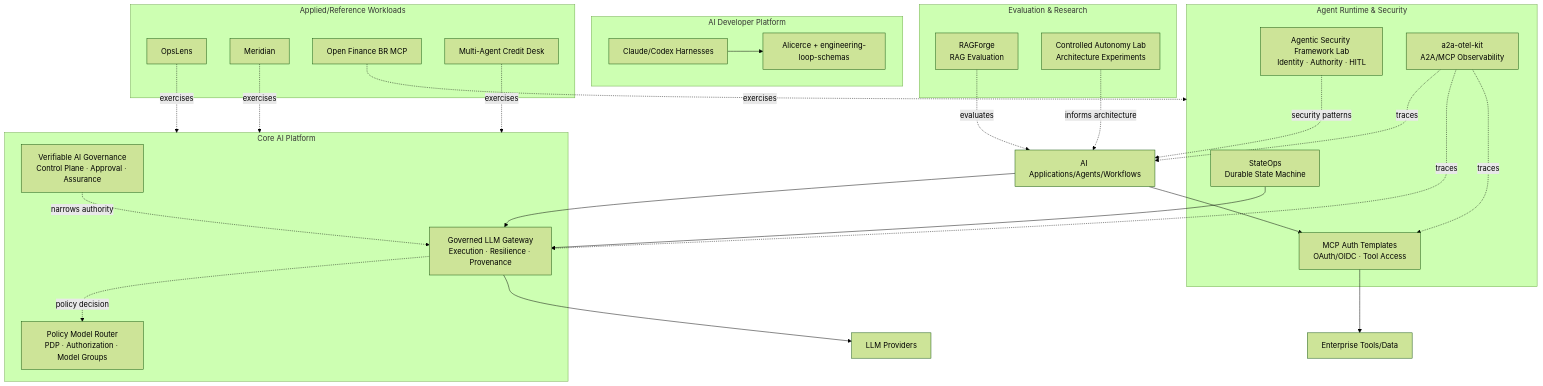
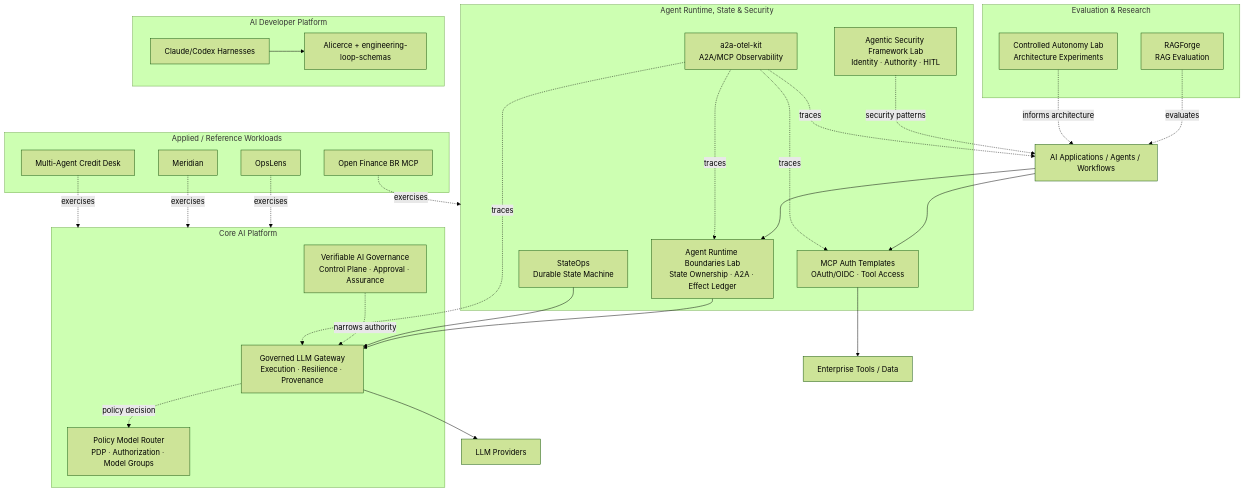
Before and after one commit to brunovicco/brunovicco: the first of 3 diagrams in PORTFOLIO_ARCHITECTURE.md, drawn with Mermaid (forest theme). The commit also changed other lines of this file and 3 other files, not shown here.

First line of the commit message:
docs: add agent runtime boundaries to portfolio

````diff
--- a/PORTFOLIO_ARCHITECTURE.md
+++ b/PORTFOLIO_ARCHITECTURE.md
@@ -25,61 +27,64 @@
 ```mermaid
 flowchart TB
-    Apps["AI Applications/Agents/Workflows"]
+    Apps["AI Applications / Agents / Workflows"]
 
     subgraph Core["Core AI Platform"]
         GW["Governed LLM Gateway<br/>Execution · Resilience · Provenance"]
         PMR["Policy Model Router<br/>PDP · Authorization · Model Groups"]
         GOV["Verifiable AI Governance<br/>Control Plane · Approval · Assurance"]
     end
 
-    subgraph Runtime["Agent Runtime & Security"]
+    subgraph Runtime["Agent Runtime, State & Security"]
+        BOUND["Agent Runtime Boundaries Lab<br/>State Ownership · A2A · Effect Ledger"]
         STATE["StateOps<br/>Durable State Machine"]
         SEC["Agentic Security Framework Lab<br/>Identity · Authority · HITL"]
         MCP["MCP Auth Templates<br/>OAuth/OIDC · Tool Access"]
         OTEL["a2a-otel-kit<br/>A2A/MCP Observability"]
     end
 
     subgraph Quality["Evaluation & Research"]
         RAG["RAGForge<br/>RAG Evaluation"]
         AUTO["Controlled Autonomy Lab<br/>Architecture Experiments"]
     end
 
     subgraph Dev["AI Developer Platform"]
         HARNESS["Claude/Codex Harnesses"]
         LOOP["Alicerce + engineering-loop-schemas"]
     end
 
-    subgraph Workloads["Applied/Reference Workloads"]
+    subgraph Workloads["Applied / Reference Workloads"]
         OPS["OpsLens"]
         MER["Meridian"]
         OF["Open Finance BR MCP"]
         CREDIT["Multi-Agent Credit Desk"]
     end
 
     Providers["LLM Providers"]
-    Tools["Enterprise Tools/Data"]
+    Tools["Enterprise Tools / Data"]
 
-    Apps --> GW
+    Apps --> BOUND
+    BOUND --> GW
+    STATE --> GW
     GW -. policy decision .-> PMR
     GW --> Providers
     GOV -. narrows authority .-> GW
 
-    STATE --> GW
-    SEC -. security patterns .-> Apps
     Apps --> MCP
     MCP --> Tools
+    SEC -. security patterns .-> Apps
 
     OTEL -. traces .-> Apps
+    OTEL -. traces .-> BOUND
     OTEL -. traces .-> GW
     OTEL -. traces .-> MCP
 
     RAG -. evaluates .-> Apps
     AUTO -. informs architecture .-> Apps
 
     HARNESS --> LOOP
 
     OPS -. exercises .-> Core
     MER -. exercises .-> Core
     OF -. exercises .-> Runtime
     CREDIT -. exercises .-> Core
 ```
````
